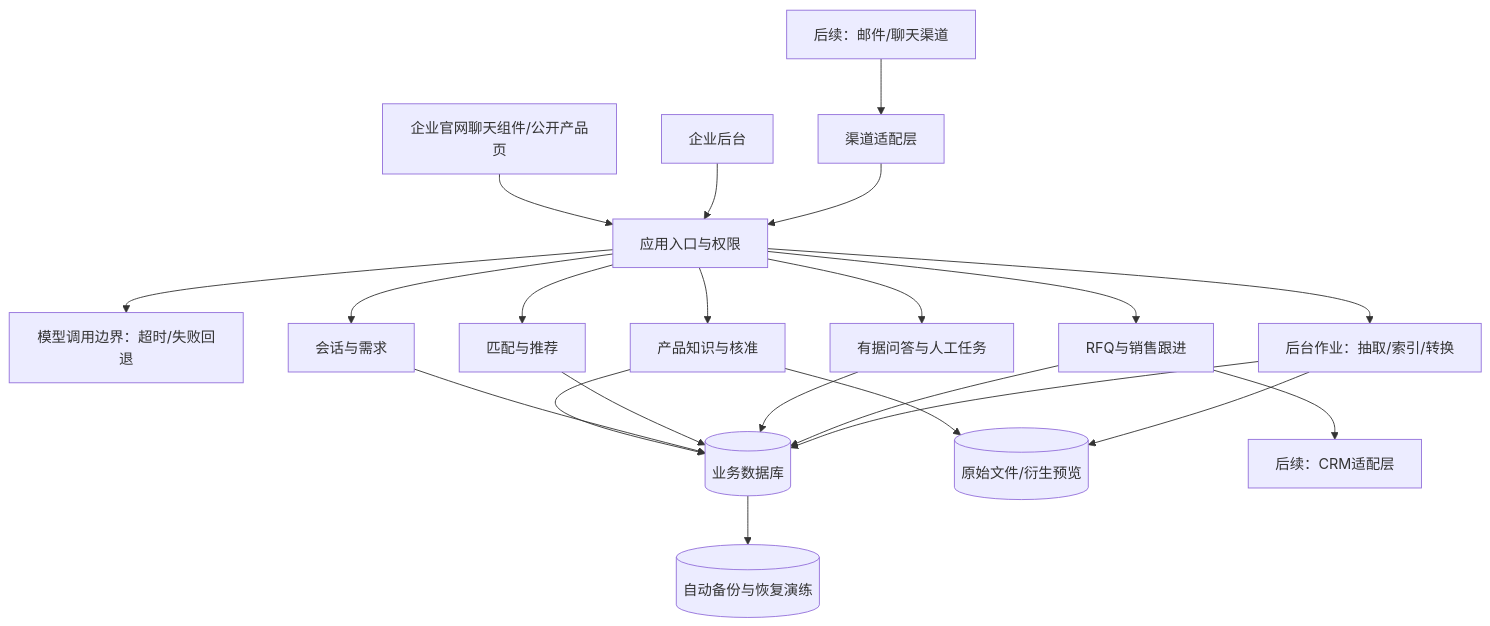
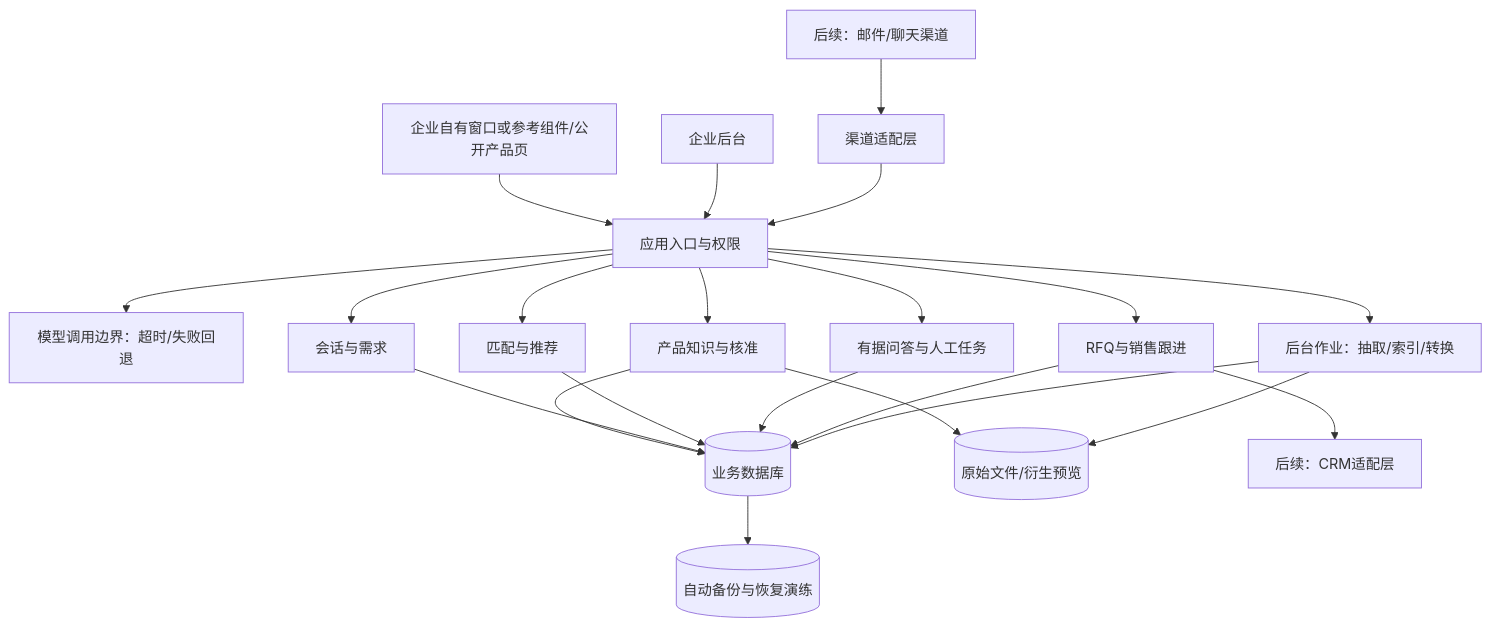
One commit to JiahaoShang/blinking-CB-water-pump-saas changed the diagram in docs/技术架构草案.md. Above: the diagram before and after it, drawn with Mermaid. The commit also changed other lines of this file and 5 other files, not shown here.

````diff
--- a/docs/技术架构草案.md
+++ b/docs/技术架构草案.md
@@ -19,24 +19,24 @@
 ```mermaid
 flowchart TB
-  Buyer[企业官网聊天组件/公开产品页] --> API[应用入口与权限]
+  Buyer[企业自有窗口或参考组件/公开产品页] --> API[应用入口与权限]
   Seller[企业后台] --> API
   External[后续：邮件/聊天渠道] --> Adapter[渠道适配层]
   Adapter --> API
   API --> AI[模型调用边界：超时/失败回退]
   API --> Product[产品知识与核准]
   API --> Conversation[会话与需求]
   API --> Recommendation[匹配与推荐]
   API --> Answer[有据问答与人工任务]
   API --> Sales[RFQ与销售跟进]
   Product --> DB[(业务数据库)]
   Conversation --> DB
   Recommendation --> DB
   Answer --> DB
   Sales --> DB
   Product --> Files[(原始文件/衍生预览)]
   API --> Jobs[后台作业：抽取/索引/转换]
   Jobs --> Files
   Jobs --> DB
   DB --> Backup[(自动备份与恢复演练)]
   Sales --> Export[后续：CRM适配层]
 ```
````
